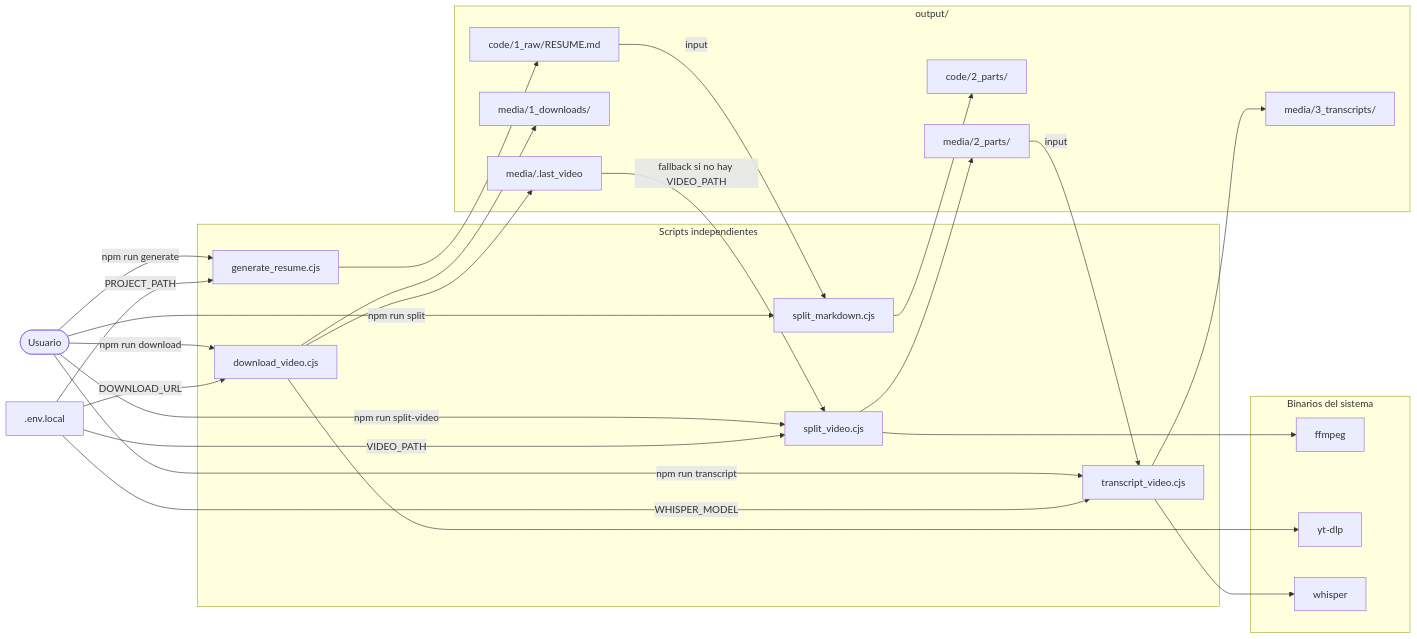
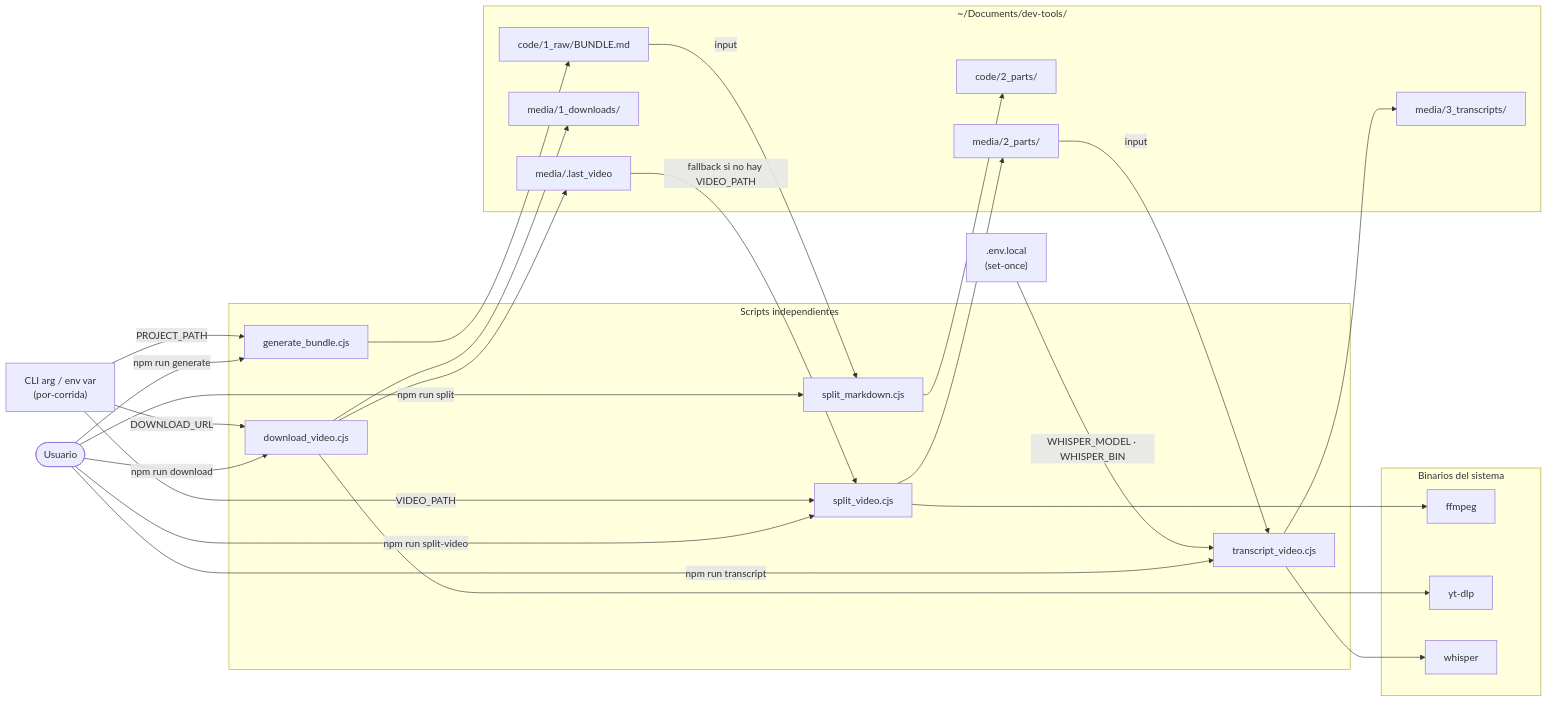
Before and after one commit to Freddymhs/dev-tools: the first of 3 diagrams in docs/diagrams/DIAGRAMAS_COMPONENTES.md, drawn with Mermaid. The commit also changed other lines of this file and 29 other files, not shown here.

Commit message:
feat: WHISPER_BIN engine, audio support, bundle rename, per-run env

````diff
--- a/docs/diagrams/DIAGRAMAS_COMPONENTES.md
+++ b/docs/diagrams/DIAGRAMAS_COMPONENTES.md
@@ -9,56 +9,57 @@
 ```mermaid
 flowchart LR
     User([Usuario])
 
     subgraph scripts["Scripts independientes"]
-        GEN[generate_resume.cjs]
+        GEN[generate_bundle.cjs]
         SPLIT_MD[split_markdown.cjs]
         DL[download_video.cjs]
         SPLIT_VID[split_video.cjs]
         TR[transcript_video.cjs]
     end
 
     subgraph ext["Binarios del sistema"]
         FFMPEG[ffmpeg]
         YTDLP[yt-dlp]
         WHISPER[whisper]
     end
 
-    subgraph output["output/"]
-        CODE_RAW[code/1_raw/RESUME.md]
+    subgraph output["~/Documents/dev-tools/"]
+        CODE_RAW[code/1_raw/BUNDLE.md]
         CODE_PARTS[code/2_parts/]
         MEDIA_DL[media/1_downloads/]
         MEDIA_PARTS[media/2_parts/]
         MEDIA_TR[media/3_transcripts/]
         LAST_VIDEO[media/.last_video]
     end
 
-    ENV[.env.local]
+    ENV[".env.local\n(set-once)"]
+    INPUTS["CLI arg / env var\n(por-corrida)"]
 
     User -->|npm run generate| GEN
     User -->|npm run split| SPLIT_MD
     User -->|npm run download| DL
     User -->|npm run split-video| SPLIT_VID
     User -->|npm run transcript| TR
 
-    ENV -->|PROJECT_PATH| GEN
-    ENV -->|DOWNLOAD_URL| DL
-    ENV -->|VIDEO_PATH| SPLIT_VID
-    ENV -->|WHISPER_MODEL| TR
+    INPUTS -->|PROJECT_PATH| GEN
+    INPUTS -->|DOWNLOAD_URL| DL
+    INPUTS -->|VIDEO_PATH| SPLIT_VID
+    ENV -->|WHISPER_MODEL · WHISPER_BIN| TR
 
     GEN --> CODE_RAW
     SPLIT_MD --> CODE_PARTS
     CODE_RAW -->|input| SPLIT_MD
 
     DL --> YTDLP
     DL --> MEDIA_DL
     DL --> LAST_VIDEO
 
     SPLIT_VID --> FFMPEG
     SPLIT_VID --> MEDIA_PARTS
     LAST_VIDEO -->|fallback si no hay VIDEO_PATH| SPLIT_VID
 
     TR --> WHISPER
     MEDIA_PARTS -->|input| TR
     TR --> MEDIA_TR
 ```
````
